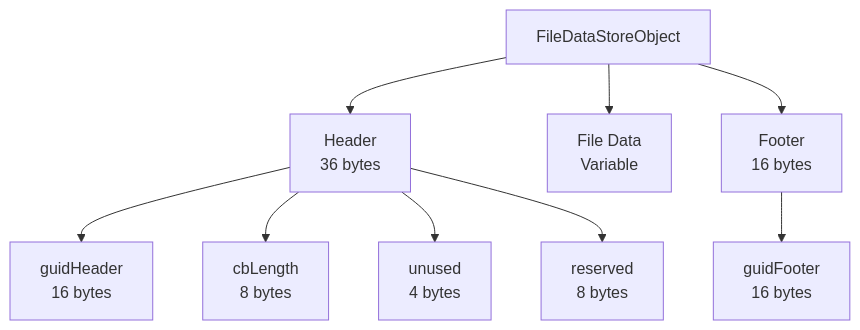
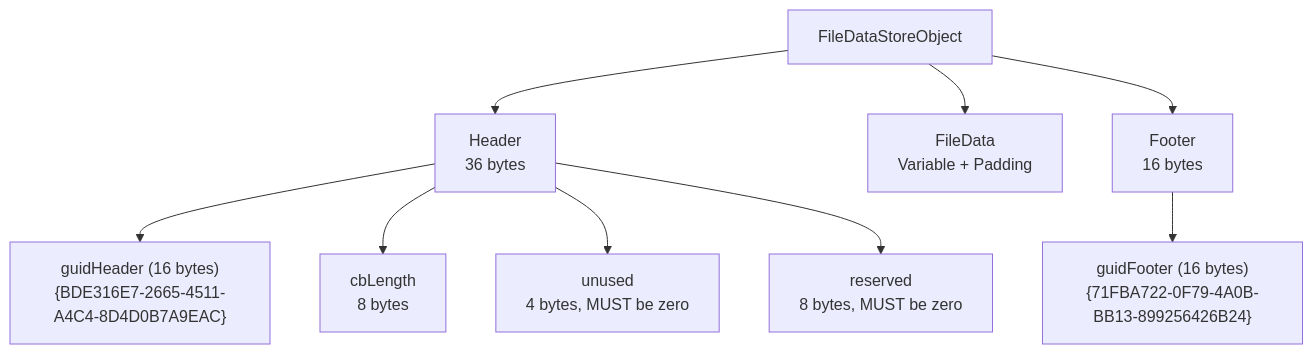
One commit to kijeong/pyOneNote changed the ninth of 15 diagrams in docs/OneNote_File_Format_Structure.md. Above: the diagram before and after it, drawn with Mermaid. The commit also changed other lines of this file, not shown here.

````diff
--- a/docs/OneNote_File_Format_Structure.md
+++ b/docs/OneNote_File_Format_Structure.md
@@ -240,13 +425,13 @@
 ```mermaid
 graph TD
     A[FileDataStoreObject] --> B[Header<br/>36 bytes]
-    A --> C[File Data<br/>Variable]
+    A --> C[FileData<br/>Variable + Padding]
     A --> D[Footer<br/>16 bytes]
     
-    B --> B1[guidHeader<br/>16 bytes]
+    B --> B1["guidHeader (16 bytes)<br/>{BDE316E7-2665-4511-A4C4-8D4D0B7A9EAC}"]
     B --> B2[cbLength<br/>8 bytes]
-    B --> B3[unused<br/>4 bytes]
-    B --> B4[reserved<br/>8 bytes]
+    B --> B3[unused<br/>4 bytes, MUST be zero]
+    B --> B4[reserved<br/>8 bytes, MUST be zero]
     
-    D --> D1[guidFooter<br/>16 bytes]
+    D --> D1["guidFooter (16 bytes)<br/>{71FBA722-0F79-4A0B-BB13-899256426B24}"]
 ```
````
